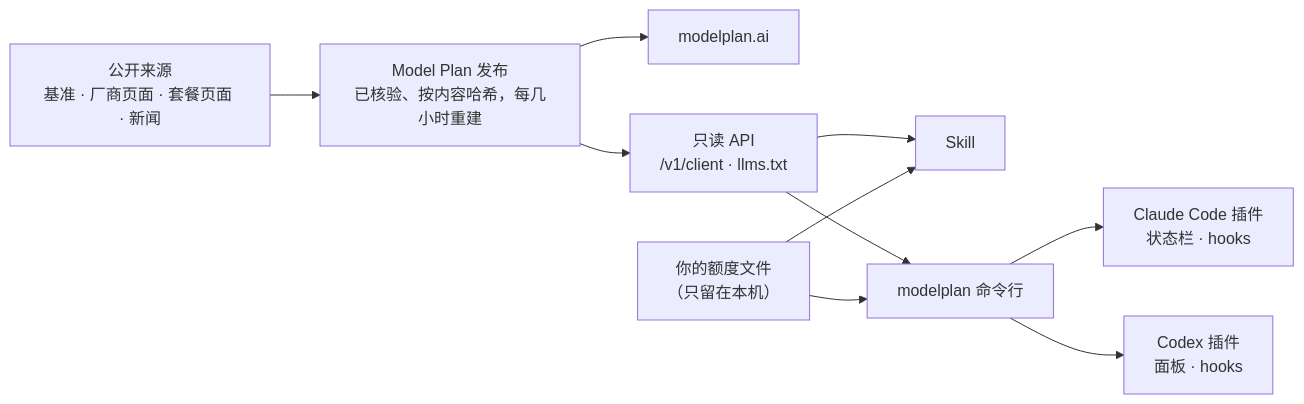
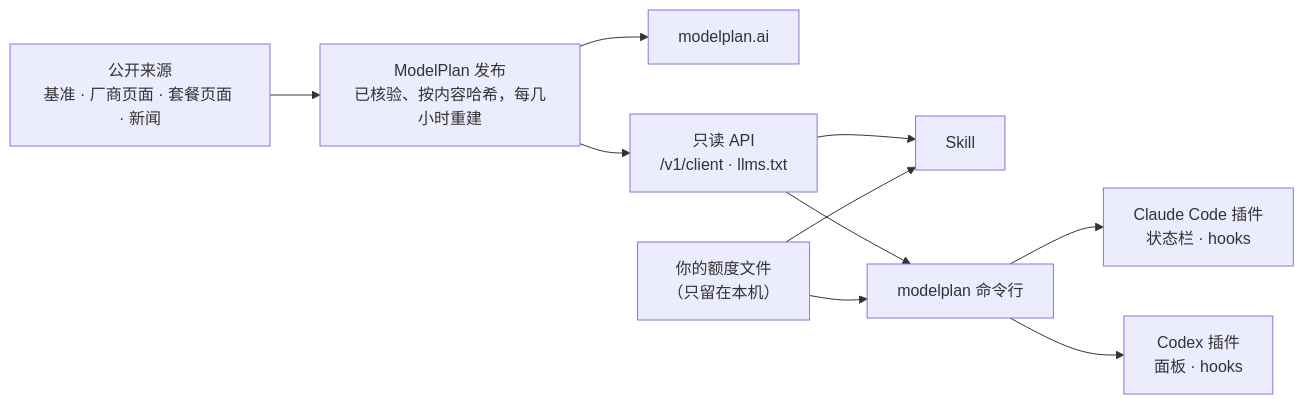
One commit to modelplan/modelplan changed the diagram in README.zh-CN.md. Above: the diagram before and after it, drawn with Mermaid. The commit also changed other lines of this file and 84 other files, not shown here.

Commit message:
fix: standardize public display names as ModelPlan

````diff
--- a/README.zh-CN.md
+++ b/README.zh-CN.md
@@ -149,12 +149,12 @@
 ```mermaid
 flowchart LR
-  S["公开来源<br/>基准 · 厂商页面 · 套餐页面 · 新闻"] --> P["Model Plan 发布<br/>已核验、按内容哈希，每几小时重建"]
+  S["公开来源<br/>基准 · 厂商页面 · 套餐页面 · 新闻"] --> P["ModelPlan 发布<br/>已核验、按内容哈希，每几小时重建"]
   P --> W["modelplan.ai"]
   P --> A["只读 API<br/>/v1/client · llms.txt"]
   A --> K["Skill"]
   A --> C["modelplan 命令行"]
   C --> CC["Claude Code 插件<br/>状态栏 · hooks"]
   C --> CX["Codex 插件<br/>面板 · hooks"]
   Q["你的额度文件<br/>（只留在本机）"] --> C
   Q --> K
 ```
````
